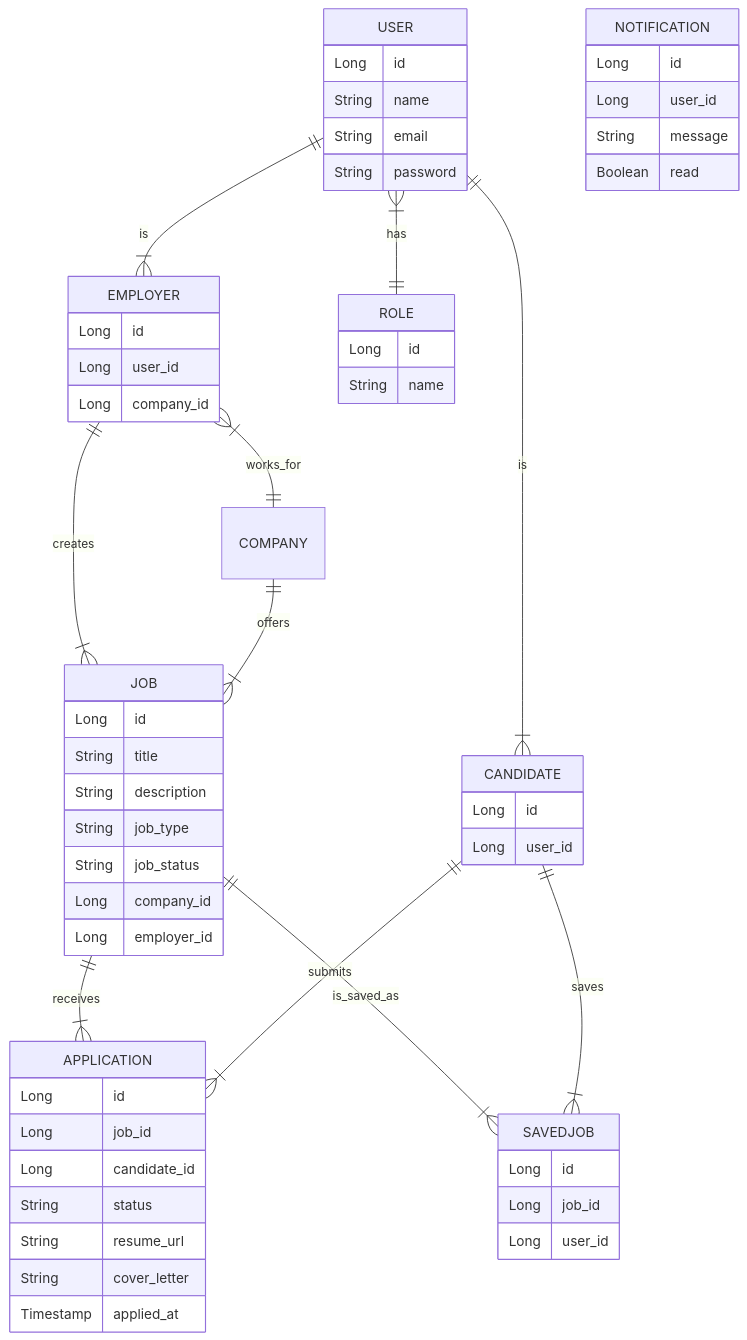
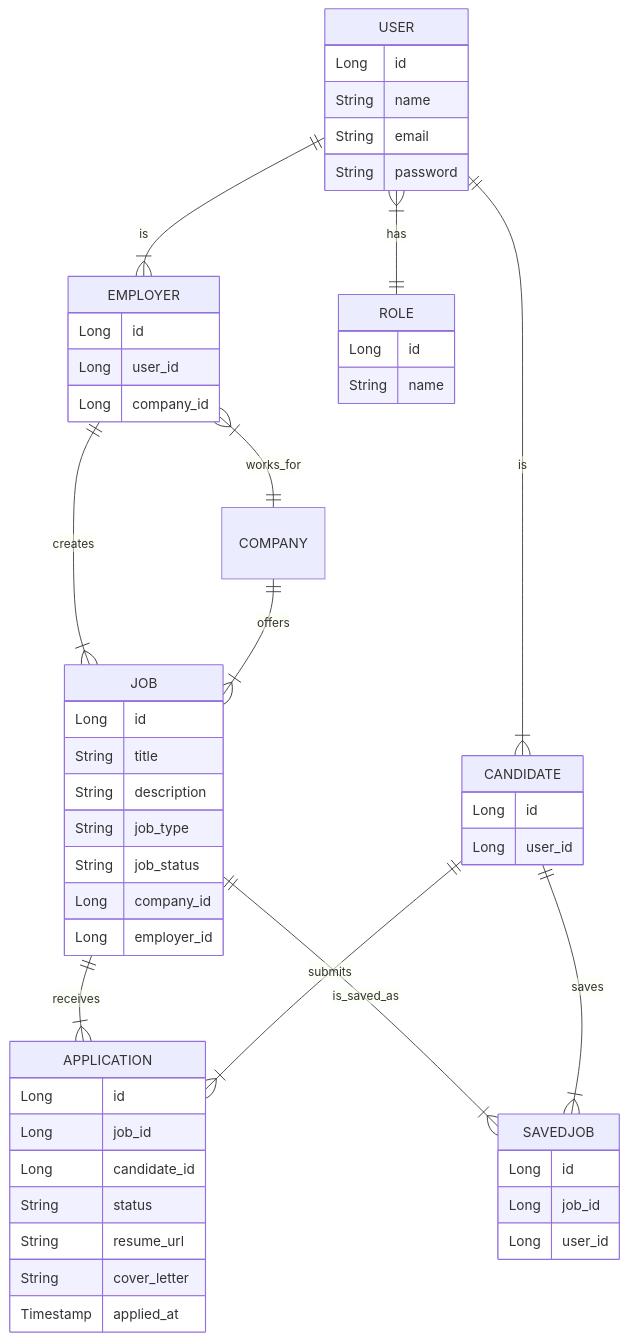
One commit to parthibCsaha/Job-Portal---Full-Stack-Web-Application changed the second of 3 diagrams in README.md. Above: the diagram before and after it, drawn with Mermaid. The commit also changed other lines of this file, not shown here.

Commit message:
Refactor Data Model section in README.md
Updated the Data Model section in README.md to improve formatting and remove unnecessary whitespace.

````diff
--- a/README.md
+++ b/README.md
@@ -113,73 +114,55 @@
 ```mermaid
 erDiagram
   USER ||--|{ CANDIDATE : "is"
   USER ||--|{ EMPLOYER : "is"
   USER }|--|| ROLE : "has"
-  
   EMPLOYER }|--|| COMPANY : "works_for"
   EMPLOYER ||--|{ JOB : "creates"
-  
   COMPANY ||--|{ JOB : "offers"
-  
   JOB ||--|{ APPLICATION : "receives"
   JOB ||--|{ SAVEDJOB : "is_saved_as"
-  
   CANDIDATE ||--|{ APPLICATION : "submits"
   CANDIDATE ||--|{ SAVEDJOB : "saves"
-  
   APPLICATION {
     Long id
     Long job_id
     Long candidate_id
     String status
     String resume_url
     String cover_letter
     Timestamp applied_at
   }
-  
   JOB {
     Long id
     String title
     String description
     String job_type
     String job_status
     Long company_id
     Long employer_id
   }
-  
   USER {
     Long id
     String name
     String email
     String password
   }
-  
   ROLE {
     Long id
     String name
   }
-  
   CANDIDATE {
     Long id
     Long user_id
   }
-  
   EMPLOYER {
     Long id
     Long user_id
     Long company_id
   }
-  
   SAVEDJOB {
     Long id
     Long job_id
     Long user_id
   }
-  
-  NOTIFICATION {
-    Long id
-    Long user_id
-    String message
-    Boolean read
-  }
 ```
````
